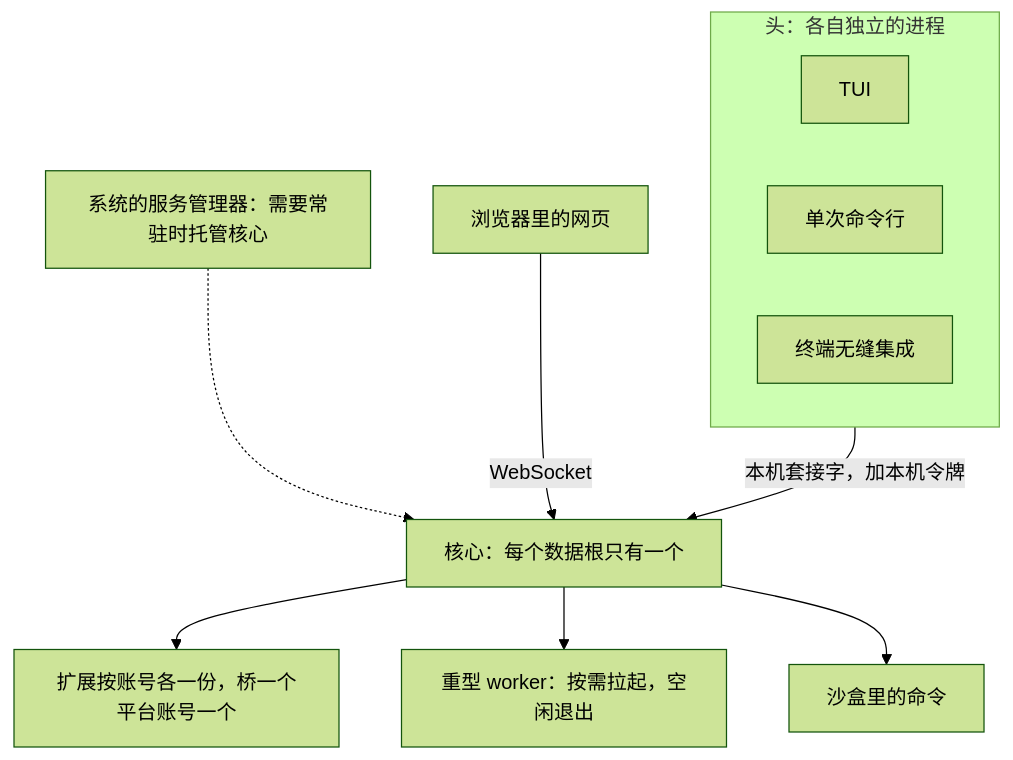
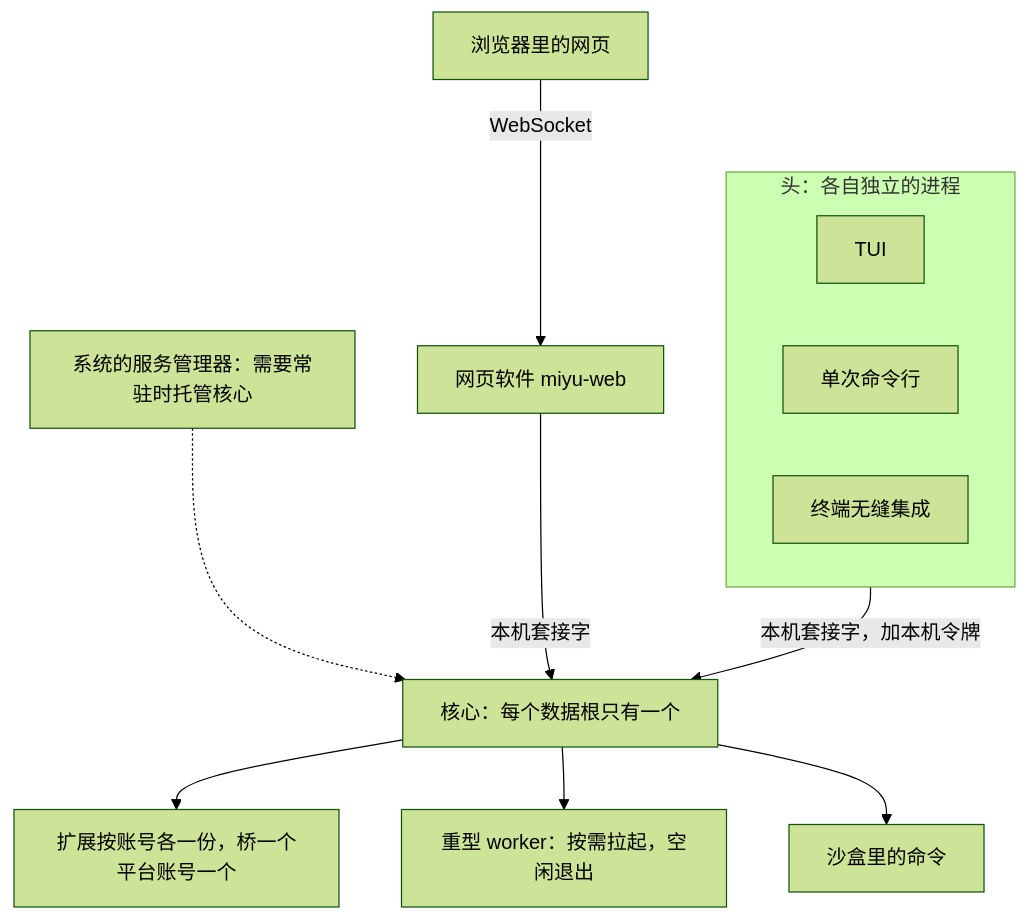
One commit to SHORiN-KiWATA/miyu-agent-remake changed the first of 3 diagrams in docs/designs/12-进程形态与分发.md. Above: the diagram before and after it, drawn with Mermaid (forest theme). The commit also changed other lines of this file and 5 other files, not shown here.

Commit message:
docs: 设计 04、10、12、13、21、22 照网页模块图纸改（身份那几处随用户系统）

````diff
--- a/docs/designs/12-进程形态与分发.md
+++ b/docs/designs/12-进程形态与分发.md
@@ -7,15 +7,16 @@
 ```mermaid
 flowchart TB
     svc["系统的服务管理器：需要常驻时托管核心"] -.-> core
     subgraph heads["头：各自独立的进程"]
         direction LR
         tui["TUI"]
         cli["单次命令行"]
         sh["终端无缝集成"]
     end
     heads -- "本机套接字，加本机令牌" --> core["核心：每个数据根只有一个"]
-    web["浏览器里的网页"] -- "WebSocket" --> core
+    web["浏览器里的网页"] -- "WebSocket" --> webapp["网页软件 miyu-web"]
+    webapp -- "本机套接字" --> core
     core --> ext["扩展按账号各一份，桥一个平台账号一个"]
     core --> wk["重型 worker：按需拉起，空闲退出"]
     core --> box["沙盒里的命令"]
 ```
````
